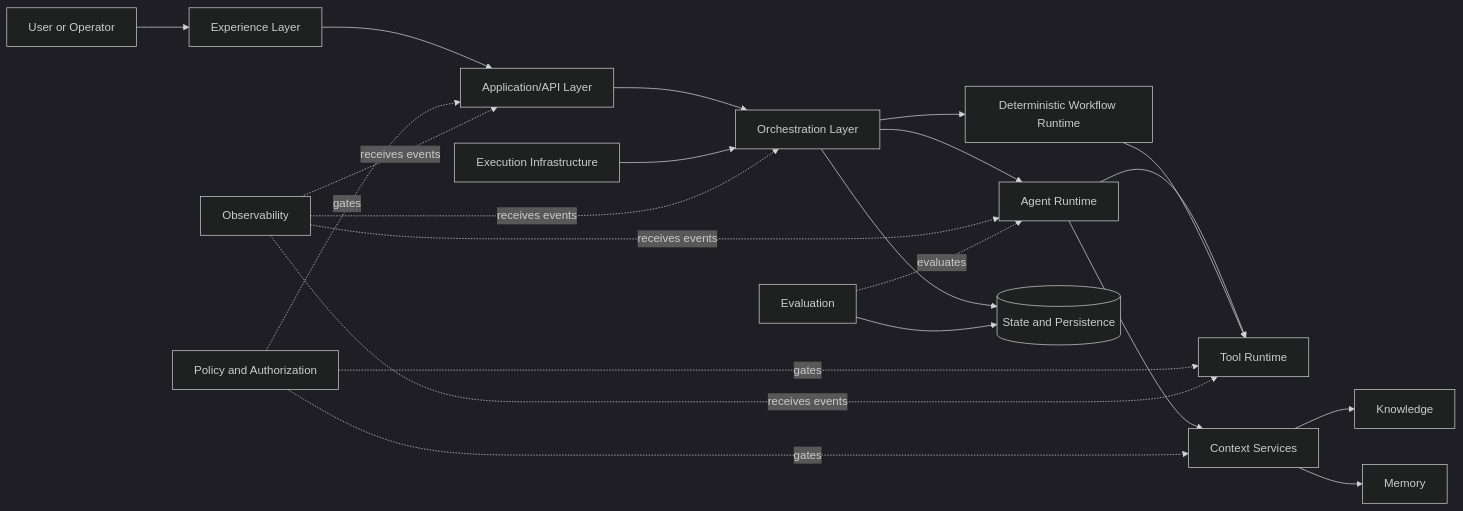
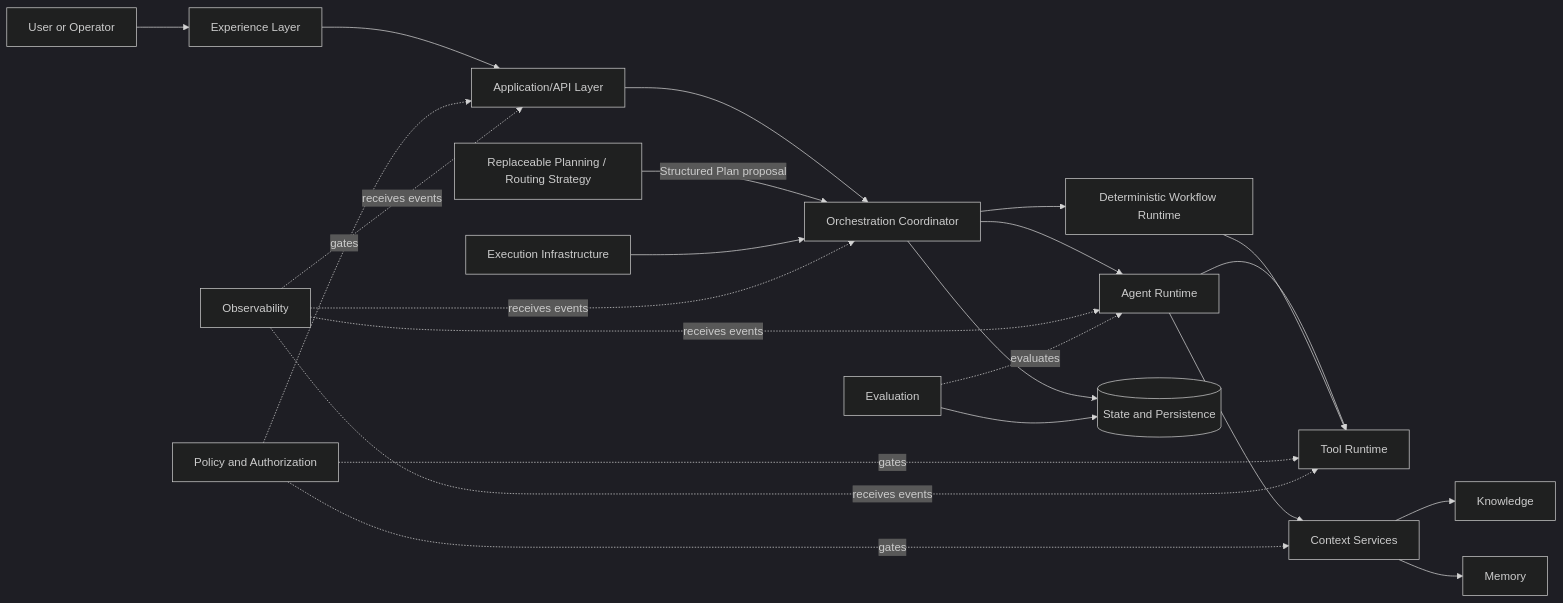
The first of 2 diagrams in docs/architecture/SYSTEM_ARCHITECTURE.md (Amanux7/Nebula-OS-), drawn with Mermaid (dark theme) before and after one commit. The commit also changed other lines of this file and 18 other files, not shown here.

Commit message:
docs: refine Stage 0 execution architecture

````diff
--- a/docs/architecture/SYSTEM_ARCHITECTURE.md
+++ b/docs/architecture/SYSTEM_ARCHITECTURE.md
@@ -9,24 +9,25 @@
 ```mermaid
 flowchart LR
     U[User or Operator] --> E[Experience Layer]
     E --> A[Application/API Layer]
-    A --> O[Orchestration Layer]
+    A --> O[Orchestration Coordinator]
+    PS[Replaceable Planning / Routing Strategy] -->|Structured Plan proposal| O
     O --> R[Agent Runtime]
     O --> W[Deterministic Workflow Runtime]
     R --> T[Tool Runtime]
     W --> T
     R --> C[Context Services]
     C --> K[Knowledge]
     C --> M[Memory]
     O --> S[(State and Persistence)]
     P[Policy and Authorization] -. gates .-> A
     P -. gates .-> C
     P -. gates .-> T
     X[Execution Infrastructure] --> O
     OBS[Observability] -. receives events .-> A
     OBS -. receives events .-> O
     OBS -. receives events .-> R
     OBS -. receives events .-> T
     EV[Evaluation] --> S
     EV -. evaluates .-> R
 ```
````
